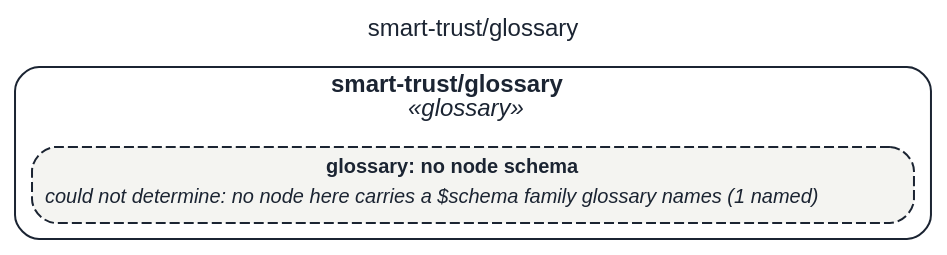
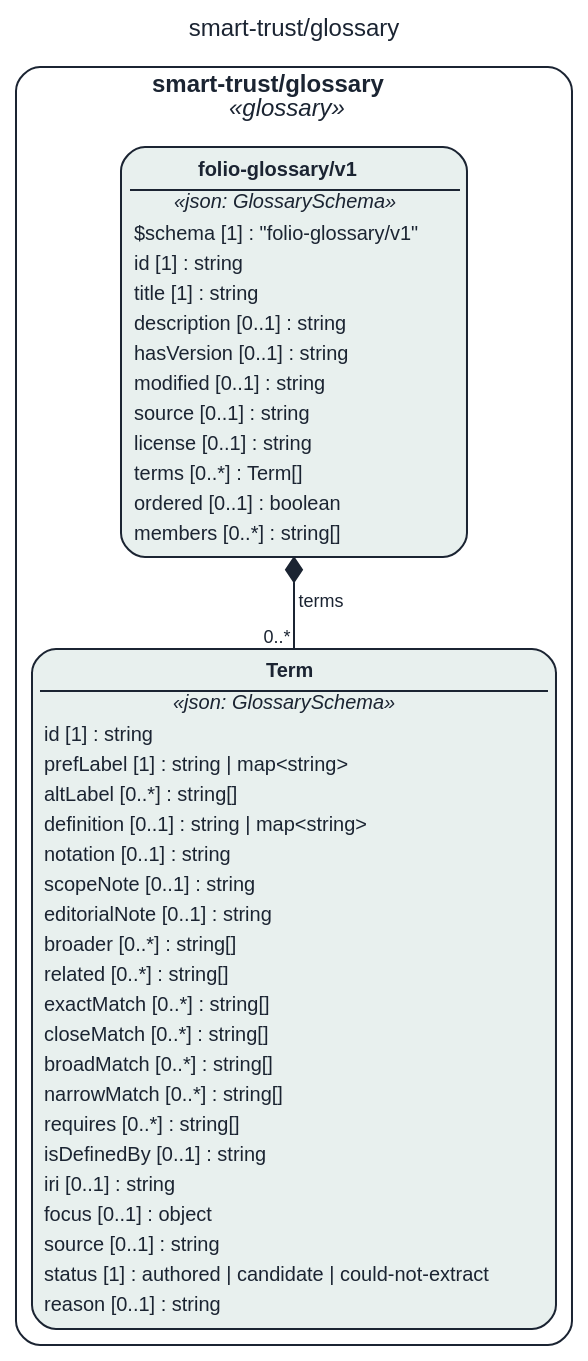
The diagram in STAGING/repin-train-20261101-2024/assets/img/uml/overview/smart-trust/glossary.dot (litlfred/folio-assistant), drawn with Graphviz before and after one commit. The commit also changed 17180 other files, not shown here.

```diff
--- a/STAGING/repin-train-20261101-2024/assets/img/uml/overview/smart-trust/glossary.dot
+++ b/STAGING/repin-train-20261101-2024/assets/img/uml/overview/smart-trust/glossary.dot
@@ -1,11 +1,13 @@
 // GENERATED by cat-harness-tools/scripts/gen-uml-overview.ts — do not edit.
 // Rendered page (interactive view, same model): https://litlfred.github.io/folio-assistant/uml/overview/smart-trust/glossary.html
 digraph "smart_trust_glossary" {
   graph [label="smart-trust/glossary", labelloc=t, fontname="Helvetica", fontsize=12, fontcolor="#1b2432", newrank=true, ratio=auto, nodesep=0.3, ranksep=0.5, bgcolor="transparent"];
   node [shape=box, style="rounded,filled", margin=0.05, fontname="Helvetica", fontsize=10, color="#1b2432", fontcolor="#1b2432"];
   edge [color="#1b2432", fontcolor="#1b2432", fontname="Helvetica", fontsize=9];
   subgraph "cluster_pkg_smart_trust_glossary" {
     label=<<b>smart-trust/glossary</b><br/><i>«glossary»</i>>; style="rounded"; color="#1b2432"; class="fa_uml_subgraph";
-    "n_smart_trust_glossary_glossary" [style="rounded,filled,dashed", fillcolor="#f4f4f1", class="fa_uml_kind_glossary fa_uml_undetermined", label=<<table border="0" cellborder="0" cellspacing="0" cellpadding="2"><tr><td><b>glossary: no node schema</b></td></tr><tr><td align="left"><i>could not determine: no node here carries a $schema family glossary names (1 named)</i></td></tr></table>>];
+    "smart_trust_glossary_folio_glossary_v1_Term" [fillcolor="#e8f0ee", class="fa_uml_kind_glossary", label=<<table border="0" cellborder="0" cellspacing="0" cellpadding="2"><tr><td border="1" sides="b"><b>Term</b></td></tr><tr><td><i>«json: GlossarySchema»</i></td></tr><tr><td align="left">id [1] : string</td></tr><tr><td align="left">prefLabel [1] : string | map&lt;string&gt;</td></tr><tr><td align="left">altLabel [0..*] : string[]</td></tr><tr><td align="left">definition [0..1] : string | map&lt;string&gt;</td></tr><tr><td align="left">notation [0..1] : string</td></tr><tr><td align="left">scopeNote [0..1] : string</td></tr><tr><td align="left">editorialNote [0..1] : string</td></tr><tr><td align="left">broader [0..*] : string[]</td></tr><tr><td align="left">related [0..*] : string[]</td></tr><tr><td align="left">exactMatch [0..*] : string[]</td></tr><tr><td align="left">closeMatch [0..*] : string[]</td></tr><tr><td align="left">broadMatch [0..*] : string[]</td></tr><tr><td align="left">narrowMatch [0..*] : string[]</td></tr><tr><td align="left">requires [0..*] : string[]</td></tr><tr><td align="left">isDefinedBy [0..1] : string</td></tr><tr><td align="left">iri [0..1] : string</td></tr><tr><td align="left">focus [0..1] : object</td></tr><tr><td align="left">source [0..1] : string</td></tr><tr><td align="left">status [1] : authored | candidate | could-not-extract</td></tr><tr><td align="left">reason [0..1] : string</td></tr></table>>];
+    "smart_trust_glossary_folio_glossary_v1_folio_glossary_v1" [fillcolor="#e8f0ee", class="fa_uml_kind_glossary", label=<<table border="0" cellborder="0" cellspacing="0" cellpadding="2"><tr><td border="1" sides="b"><b>folio-glossary/v1</b></td></tr><tr><td><i>«json: GlossarySchema»</i></td></tr><tr><td align="left">$schema [1] : &quot;folio-glossary/v1&quot;</td></tr><tr><td align="left">id [1] : string</td></tr><tr><td align="left">title [1] : string</td></tr><tr><td align="left">description [0..1] : string</td></tr><tr><td align="left">hasVersion [0..1] : string</td></tr><tr><td align="left">modified [0..1] : string</td></tr><tr><td align="left">source [0..1] : string</td></tr><tr><td align="left">license [0..1] : string</td></tr><tr><td align="left">terms [0..*] : Term[]</td></tr><tr><td align="left">ordered [0..1] : boolean</td></tr><tr><td align="left">members [0..*] : string[]</td></tr></table>>];
   }
+  "smart_trust_glossary_folio_glossary_v1_folio_glossary_v1" -> "smart_trust_glossary_folio_glossary_v1_Term" [dir=both, arrowtail=diamond, arrowhead=none, label="terms", headlabel="0..*", class="fa_uml_composition"];
 }
```
